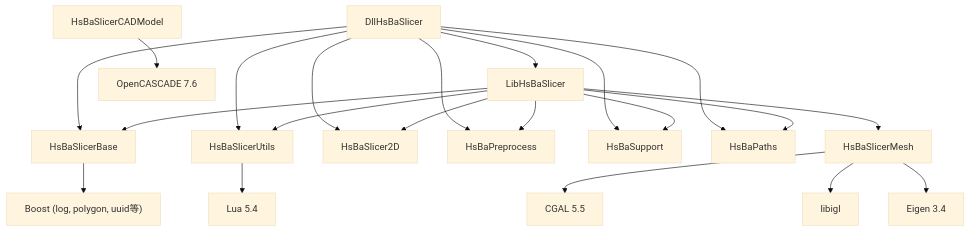
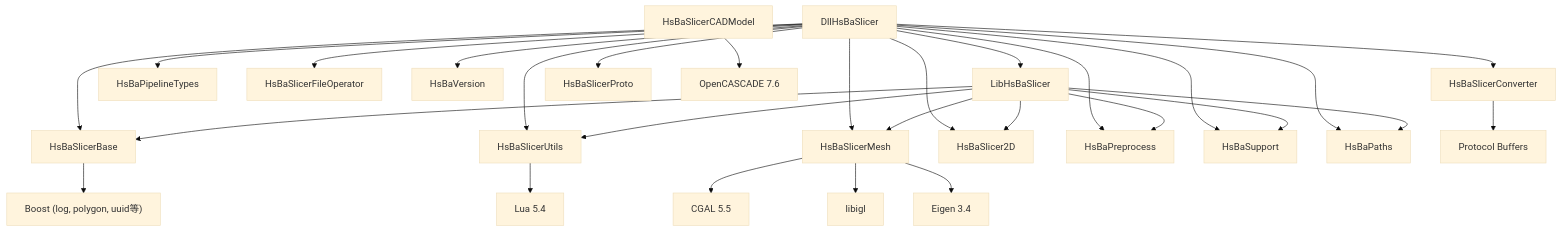
The tenth of 10 diagrams in .qoder/repowiki/zh/content/扩展与集成/动态库集成.md (hsmbanlance/HsBaSlicer), drawn with Mermaid (base theme) before and after one commit. The commit also changed other lines of this file and 19 other files, not shown here.

````diff
--- a/.qoder/repowiki/zh/content/扩展与集成/动态库集成.md
+++ b/.qoder/repowiki/zh/content/扩展与集成/动态库集成.md
@@ -402,29 +496,37 @@
 ```mermaid
 graph TD
 DllHsBaSlicer --> LibHsBaSlicer
+DllHsBaSlicer --> HsBaPipelineTypes
 DllHsBaSlicer --> HsBaSlicerBase
 DllHsBaSlicer --> HsBaSlicerUtils
+DllHsBaSlicer --> HsBaSlicerMesh
 DllHsBaSlicer --> HsBaSlicer2D
 DllHsBaSlicer --> HsBaPreprocess
 DllHsBaSlicer --> HsBaSupport
 DllHsBaSlicer --> HsBaPaths
+DllHsBaSlicer --> HsBaSlicerFileOperator
+DllHsBaSlicer --> HsBaVersion
+DllHsBaSlicer --> HsBaSlicerConverter
+DllHsBaSlicer --> HsBaSlicerProto
 LibHsBaSlicer --> HsBaSlicerBase
 LibHsBaSlicer --> HsBaSlicerUtils
 LibHsBaSlicer --> HsBaSlicerMesh
 LibHsBaSlicer --> HsBaSlicer2D
 LibHsBaSlicer --> HsBaPreprocess
 LibHsBaSlicer --> HsBaSupport
 LibHsBaSlicer --> HsBaPaths
 HsBaSlicerBase --> Boost
 HsBaSlicerUtils --> Lua
 HsBaSlicerMesh --> CGAL
 HsBaSlicerMesh --> libigl
 HsBaSlicerMesh --> Eigen3
 HsBaSlicerCADModel --> OpenCASCADE
+HsBaSlicerConverter --> Protobuf
 Boost["Boost (log, polygon, uuid等)"]
 Lua["Lua 5.4"]
 CGAL["CGAL 5.5"]
 libigl["libigl"]
 Eigen3["Eigen 3.4"]
 OpenCASCADE["OpenCASCADE 7.6"]
+Protobuf["Protocol Buffers"]
 ```
````
